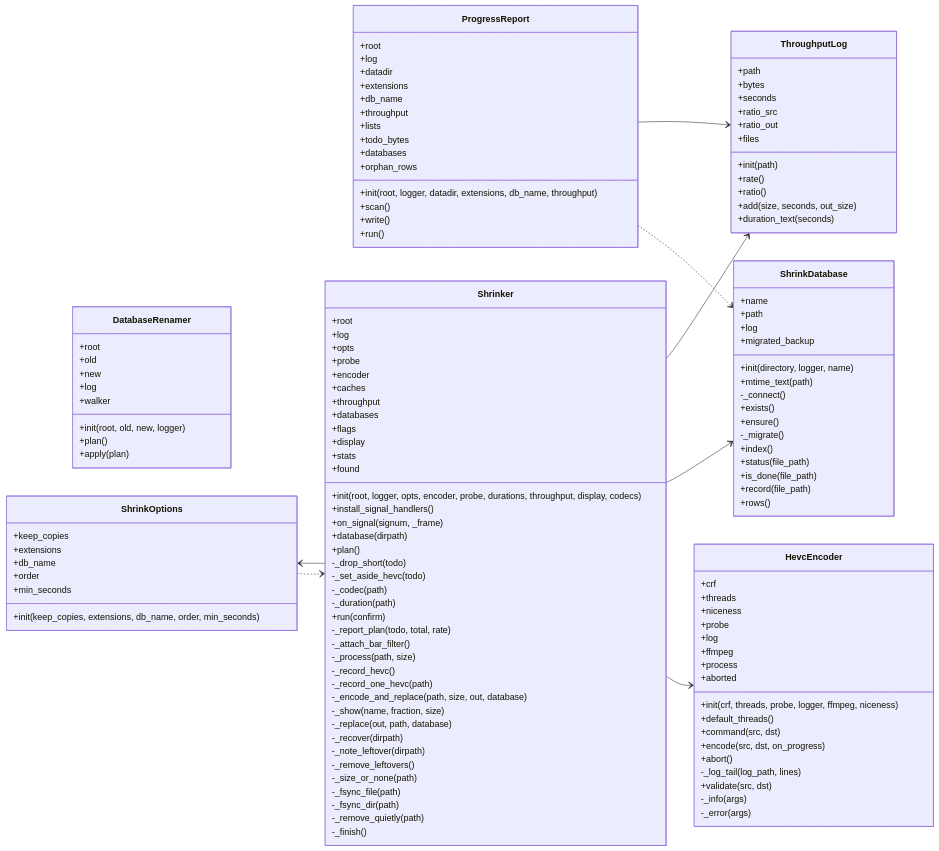
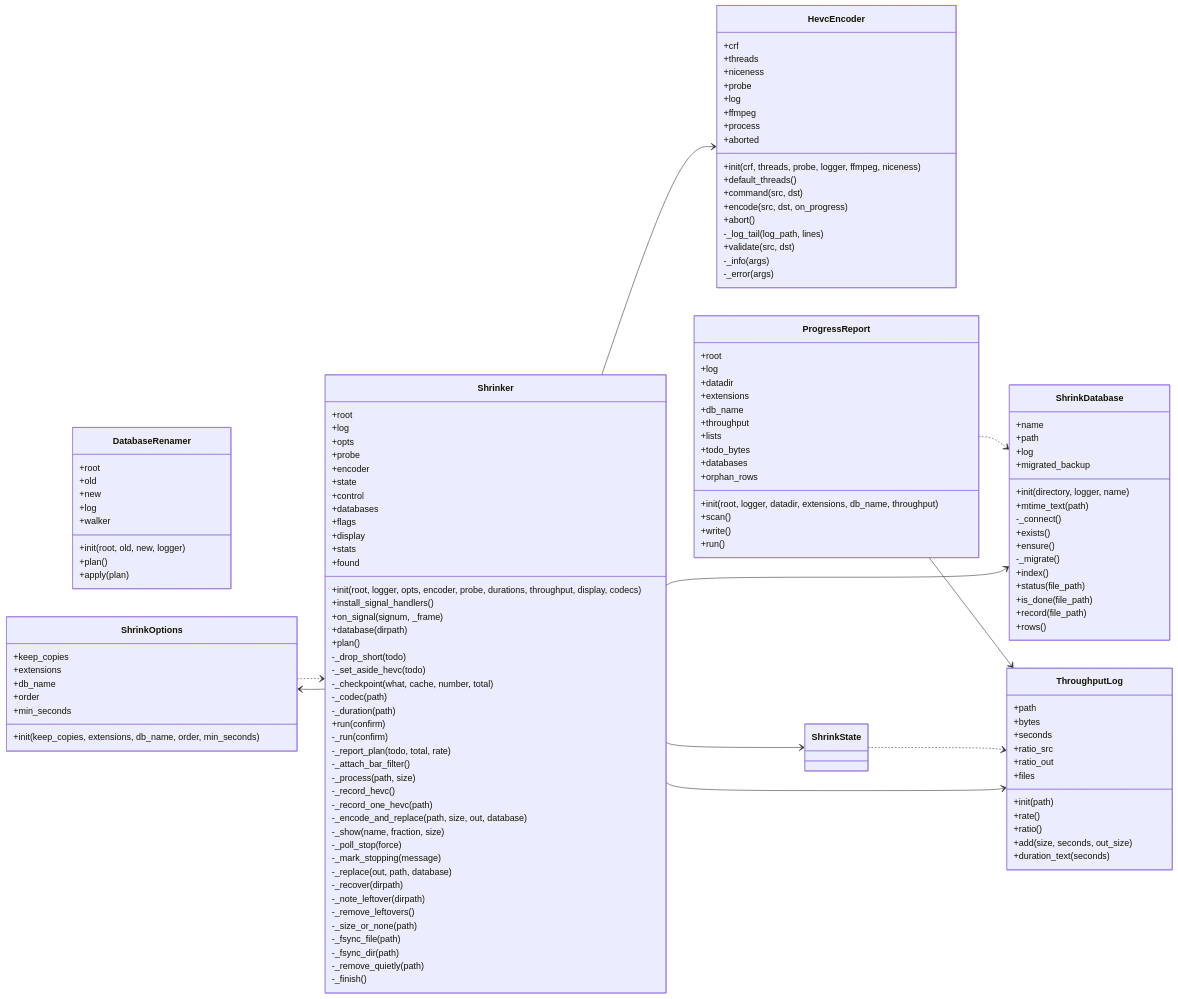
Before and after one commit to peddanet/mediatools: the diagram in docs/img/uml_shrink.mmd, drawn with Mermaid. The commit also changed 15 other files, not shown here.

First line of the commit message:
Release 1.2.3: 'mediatools stop' and cache checkpoints in planning

```diff
--- a/docs/img/uml_shrink.mmd
+++ b/docs/img/uml_shrink.mmd
@@ -1,132 +1,140 @@
 classDiagram
   direction LR
   class ShrinkDatabase {
     +name
     +path
     +log
     +migrated_backup
     +init(directory, logger, name)
     +mtime_text(path)
     -_connect()
     +exists()
     +ensure()
     -_migrate()
     +index()
     +status(file_path)
     +is_done(file_path)
     +record(file_path)
     +rows()
   }
   class DatabaseRenamer {
     +root
     +old
     +new
     +log
     +walker
     +init(root, old, new, logger)
     +plan()
     +apply(plan)
   }
   class HevcEncoder {
     +crf
     +threads
     +niceness
     +probe
     +log
     +ffmpeg
     +process
     +aborted
     +init(crf, threads, probe, logger, ffmpeg, niceness)
     +default_threads()
     +command(src, dst)
     +encode(src, dst, on_progress)
     +abort()
     -_log_tail(log_path, lines)
     +validate(src, dst)
     -_info(args)
     -_error(args)
   }
   class ShrinkOptions {
     +keep_copies
     +extensions
     +db_name
     +order
     +min_seconds
     +init(keep_copies, extensions, db_name, order, min_seconds)
   }
   class ProgressReport {
     +root
     +log
     +datadir
     +extensions
     +db_name
     +throughput
     +lists
     +todo_bytes
     +databases
     +orphan_rows
     +init(root, logger, datadir, extensions, db_name, throughput)
     +scan()
     +write()
     +run()
   }
+  class ShrinkState {
+  }
   class Shrinker {
     +root
     +log
     +opts
     +probe
     +encoder
-    +caches
-    +throughput
+    +state
+    +control
     +databases
     +flags
     +display
     +stats
     +found
     +init(root, logger, opts, encoder, probe, durations, throughput, display, codecs)
     +install_signal_handlers()
     +on_signal(signum, _frame)
     +database(dirpath)
     +plan()
     -_drop_short(todo)
     -_set_aside_hevc(todo)
+    -_checkpoint(what, cache, number, total)
     -_codec(path)
     -_duration(path)
     +run(confirm)
+    -_run(confirm)
     -_report_plan(todo, total, rate)
     -_attach_bar_filter()
     -_process(path, size)
     -_record_hevc()
     -_record_one_hevc(path)
     -_encode_and_replace(path, size, out, database)
     -_show(name, fraction, size)
+    -_poll_stop(force)
+    -_mark_stopping(message)
     -_replace(out, path, database)
     -_recover(dirpath)
     -_note_leftover(dirpath)
     -_remove_leftovers()
     -_size_or_none(path)
     -_fsync_file(path)
     -_fsync_dir(path)
     -_remove_quietly(path)
     -_finish()
   }
   class ThroughputLog {
     +path
     +bytes
     +seconds
     +ratio_src
     +ratio_out
     +files
     +init(path)
     +rate()
     +ratio()
     +add(size, seconds, out_size)
     +duration_text(seconds)
   }
   ShrinkOptions ..> Shrinker
   ProgressReport ..> ShrinkDatabase
   ProgressReport --> ThroughputLog
+  ShrinkState ..> ThroughputLog
   Shrinker --> HevcEncoder
   Shrinker --> ShrinkDatabase
   Shrinker --> ShrinkOptions
+  Shrinker --> ShrinkState
   Shrinker --> ThroughputLog
```
